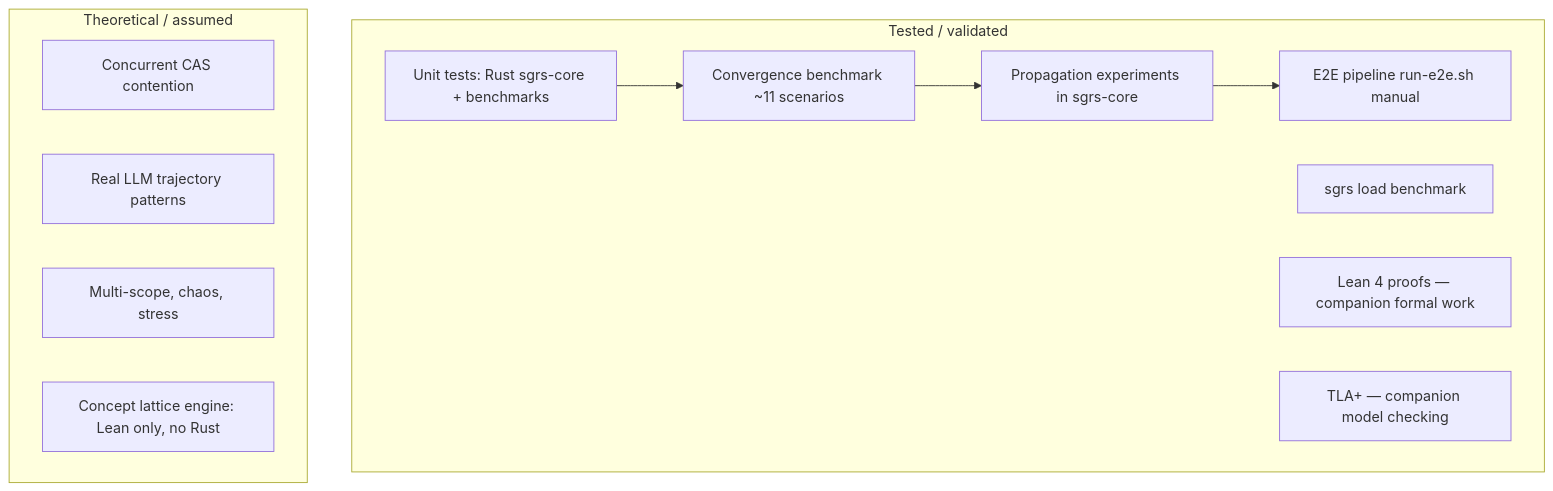
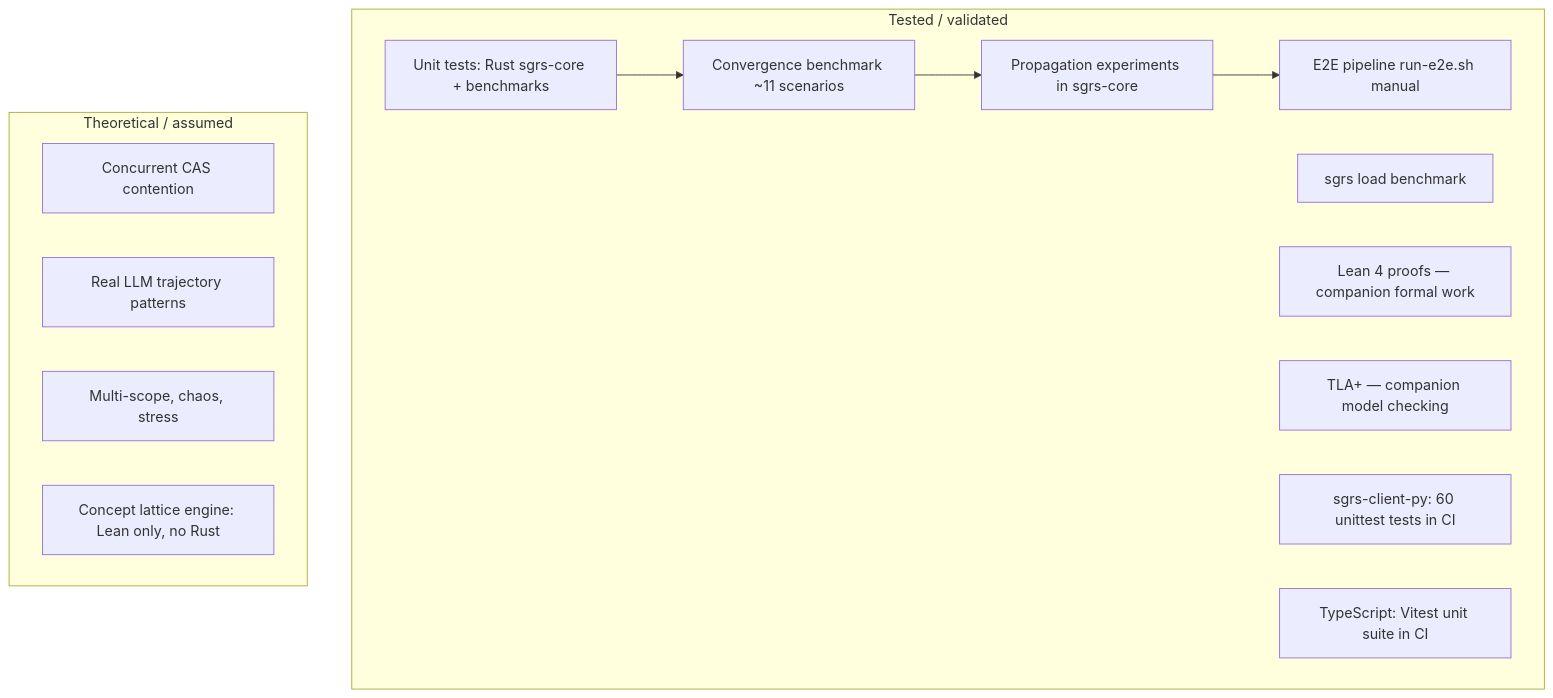
The diagram in docs/validation.md (DealExMachina/open-governed-swarm-of-agents), drawn with Mermaid before and after one commit. The commit also changed other lines of this file and 9 other files, not shown here.

First line of the commit message:
feat(sgrs-client-py): SSE subscribe_events, tests, and CI

````diff
--- a/docs/validation.md
+++ b/docs/validation.md
@@ -16,21 +16,23 @@
 ```mermaid
 flowchart TB
   subgraph tested["Tested / validated"]
     U[Unit tests: Rust sgrs-core + benchmarks]
     BENCH[Convergence benchmark ~11 scenarios]
     SGRS[sgrs load benchmark]
     PROP[Propagation experiments in sgrs-core]
     LEAN[Lean 4 proofs — companion formal work]
     TLAP[TLA+ — companion model checking]
     E2E[E2E pipeline run-e2e.sh manual]
+    PY[sgrs-client-py: 60 unittest tests in CI]
+    TS[TypeScript: Vitest unit suite in CI]
   end
   subgraph theoretical["Theoretical / assumed"]
     T1[Concurrent CAS contention]
     T2[Real LLM trajectory patterns]
     T3[Multi-scope, chaos, stress]
     T4[Concept lattice engine: Lean only, no Rust]
   end
   U --> BENCH
   BENCH --> PROP
   PROP --> E2E
 ```
````
